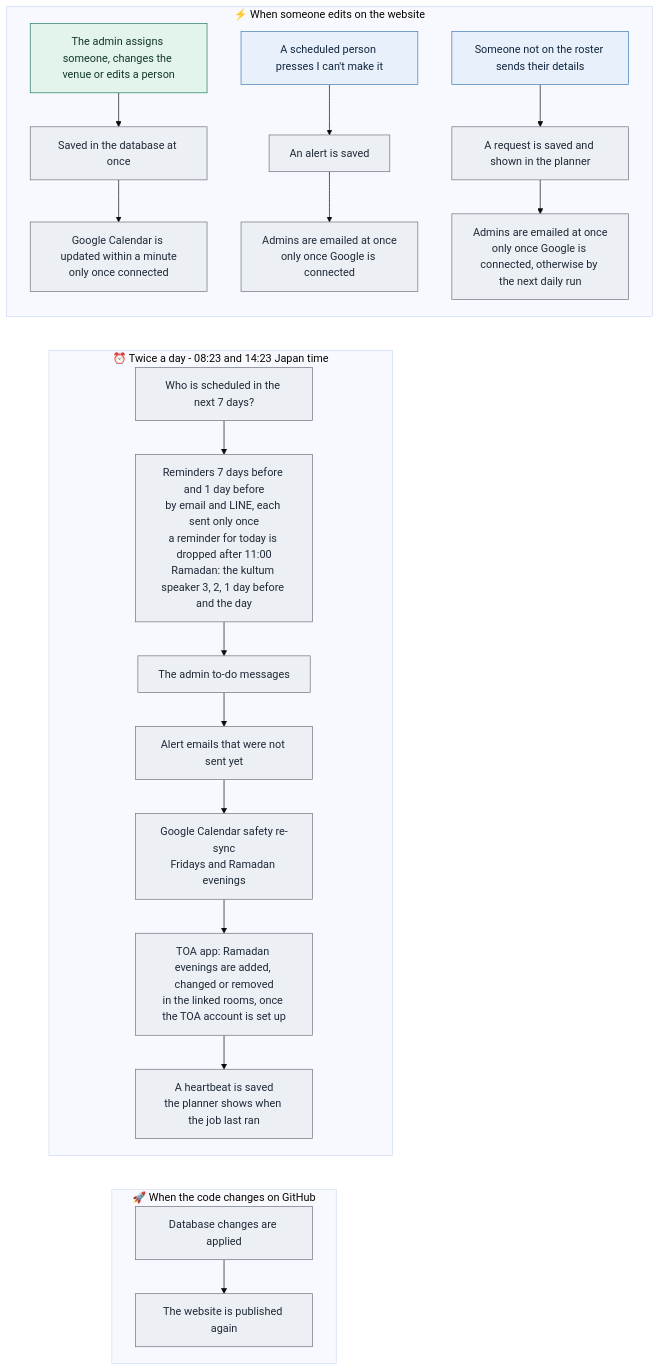
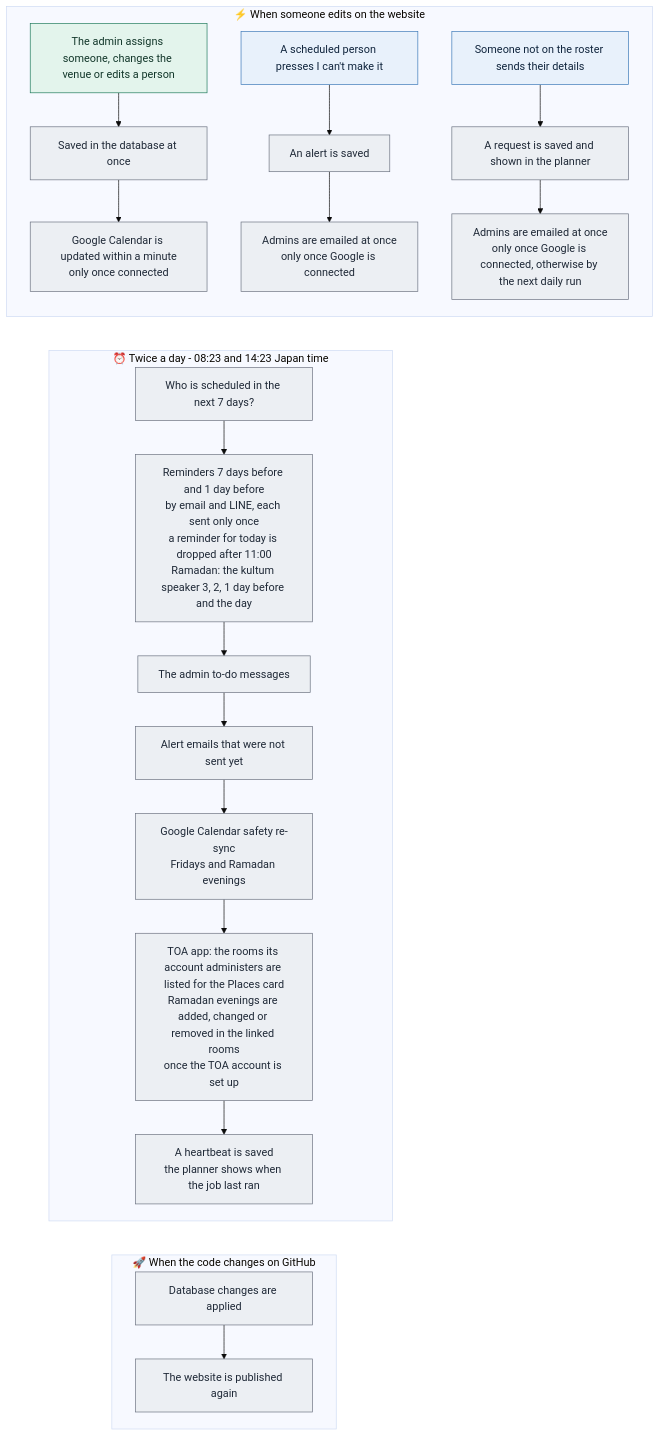
One commit to mushaffarasyidridha/Jumat-Scheduler-NAIST changed the diagram in public/flows/automation.mmd. Above: the diagram before and after it, drawn with Mermaid (base theme). The commit also changed 13 other files, not shown here.

First line of the commit message:
Places: pick the TOA room by name from the rooms the TOA account administers

```diff
--- a/public/flows/automation.mmd
+++ b/public/flows/automation.mmd
@@ -1,33 +1,33 @@
 flowchart TD
   subgraph t1["⚡ When someone edits on the website"]
     E1["The admin assigns someone, changes the venue or edits a person"] --> E2["Saved in the database at once"]
     E2 --> E3["Google Calendar is updated within a minute<br/>only once connected"]
     U1["A scheduled person presses I can't make it"] --> U2["An alert is saved"]
     U2 --> U3["Admins are emailed at once<br/>only once Google is connected"]
     J1["Someone not on the roster sends their details"] --> J2["A request is saved and shown in the planner"]
     J2 --> J3["Admins are emailed at once<br/>only once Google is connected, otherwise by the next daily run"]
   end
 
   subgraph t2["⏰ Twice a day - 08:23 and 14:23 Japan time"]
     R1["Who is scheduled in the next 7 days?"] --> R2["Reminders 7 days before and 1 day before<br/>by email and LINE, each sent only once<br/>a reminder for today is dropped after 11:00<br/>Ramadan: the kultum speaker 3, 2, 1 day before and the day"]
     R2 --> R3["The admin to-do messages"]
     R3 --> R4["Alert emails that were not sent yet"]
     R4 --> R5["Google Calendar safety re-sync<br/>Fridays and Ramadan evenings"]
-    R5 --> R5b["TOA app: Ramadan evenings are added, changed or removed<br/>in the linked rooms, once the TOA account is set up"]
+    R5 --> R5b["TOA app: the rooms its account administers are listed for the Places card<br/>Ramadan evenings are added, changed or removed in the linked rooms<br/>once the TOA account is set up"]
     R5b --> R6["A heartbeat is saved<br/>the planner shows when the job last ran"]
   end
 
   subgraph t3["🚀 When the code changes on GitHub"]
     D1["Database changes are applied"] --> D2["The website is published again"]
   end
 
   E3 ~~~ R1
   U3 ~~~ R1
   R6 ~~~ D1
 
   classDef admin fill:#e3f4ec,stroke:#1f7a5c,color:#12372a
   classDef robot fill:#eceff3,stroke:#6b7280,color:#1f2937
   classDef member fill:#e8f1fb,stroke:#3b78b8,color:#10253d
   class E1 admin
   class U1,J1 member
   class E2,E3,U2,U3,J2,J3,R1,R2,R3,R4,R5,R5b,R6,D1,D2 robot
```
